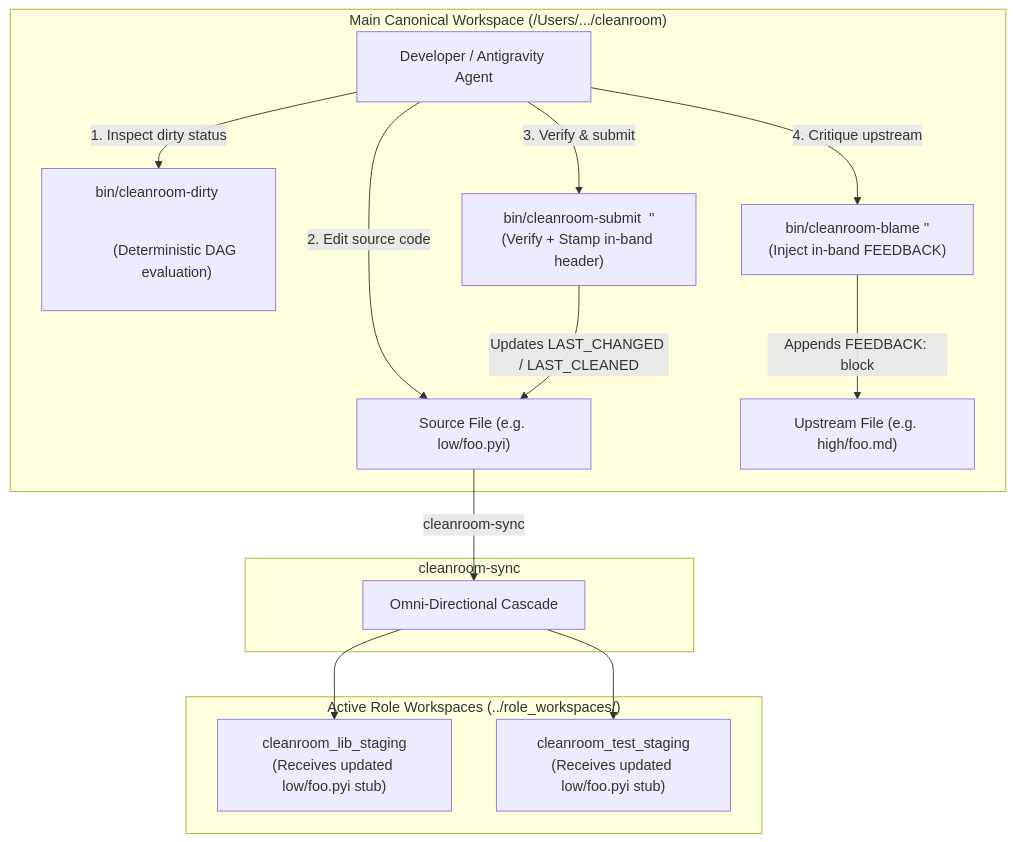
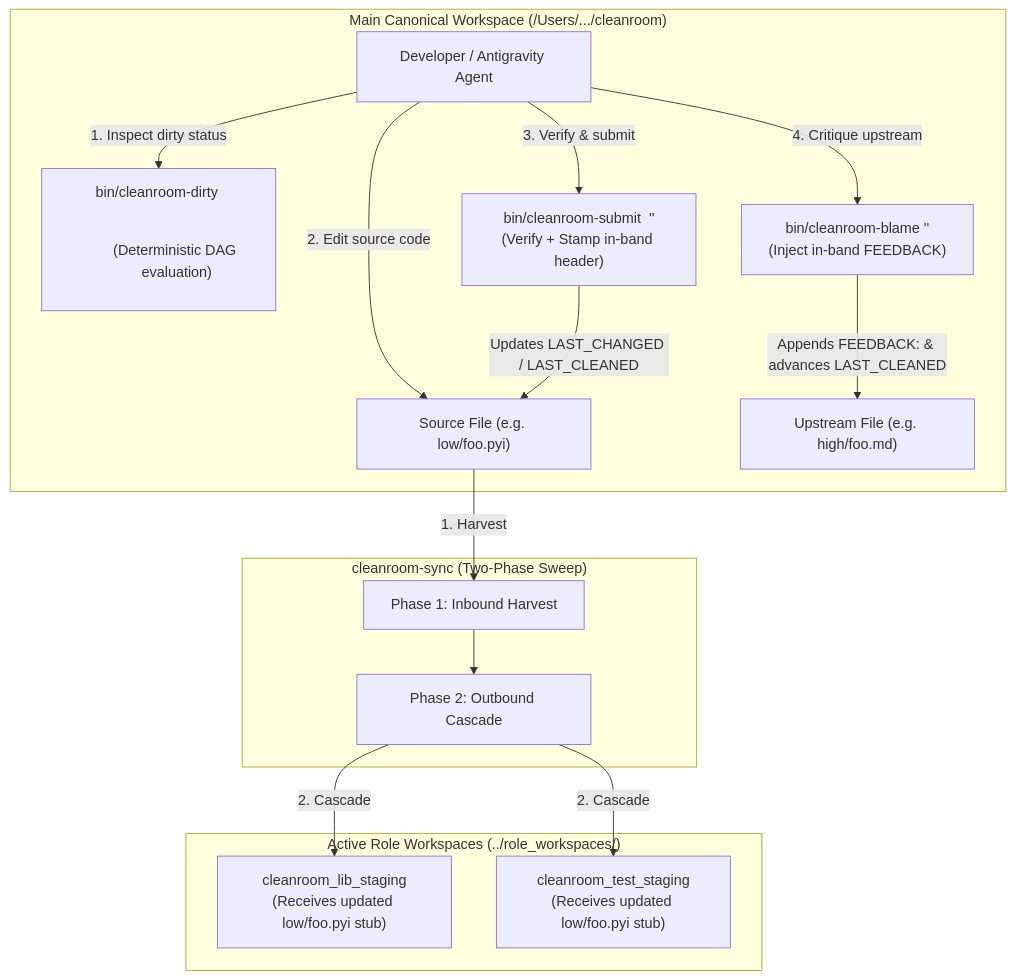
The first of 2 diagrams in design-docs/main_workspace_metadata_experience.md (mcdirmid/cleanroom), drawn with Mermaid before and after one commit. The commit also changed other lines of this file and 352 other files, not shown here.

````diff
--- a/design-docs/main_workspace_metadata_experience.md
+++ b/design-docs/main_workspace_metadata_experience.md
@@ -20,29 +20,31 @@
 ```mermaid
 flowchart TD
     subgraph MainWorkspace["Main Canonical Workspace (/Users/.../cleanroom)"]
         User["Developer / Antigravity Agent"]
         DirtyCheck["bin/cleanroom-dirty <dir>\n(Deterministic DAG evaluation)"]
         SubmitTool["bin/cleanroom-submit <file> '<msg>'\n(Verify + Stamp in-band header)"]
         BlameTool["bin/cleanroom-blame <target> <upstream> '<msg>'\n(Inject in-band FEEDBACK)"]
         
         User -->|"1. Inspect dirty status"| DirtyCheck
         User -->|"2. Edit source code"| SourceFile["Source File (e.g. low/foo.pyi)"]
         User -->|"3. Verify & submit"| SubmitTool
         User -->|"4. Critique upstream"| BlameTool
         SubmitTool -->|"Updates LAST_CHANGED / LAST_CLEANED"| SourceFile
-        BlameTool -->|"Appends FEEDBACK: block"| UpstreamFile["Upstream File (e.g. high/foo.md)"]
+        BlameTool -->|"Appends FEEDBACK: & advances LAST_CLEANED"| UpstreamFile["Upstream File (e.g. high/foo.md)"]
     end
 
-    subgraph SyncEngine["cleanroom-sync"]
-        Cascade["Omni-Directional Cascade"]
+    subgraph SyncEngine["cleanroom-sync (Two-Phase Sweep)"]
+        Harvest["Phase 1: Inbound Harvest"]
+        Cascade["Phase 2: Outbound Cascade"]
+        Harvest --> Cascade
     end
 
     subgraph RoleWorkspaces["Active Role Workspaces (../role_workspaces/)"]
         RoleLib["cleanroom_lib_staging\n(Receives updated low/foo.pyi stub)"]
         RoleTest["cleanroom_test_staging\n(Receives updated low/foo.pyi stub)"]
     end
 
-    SourceFile -->|"cleanroom-sync"| Cascade
-    Cascade --> RoleLib
-    Cascade --> RoleTest
+    SourceFile -->|"1. Harvest"| Harvest
+    Cascade -->|"2. Cascade"| RoleLib
+    Cascade -->|"2. Cascade"| RoleTest
 ```
````
